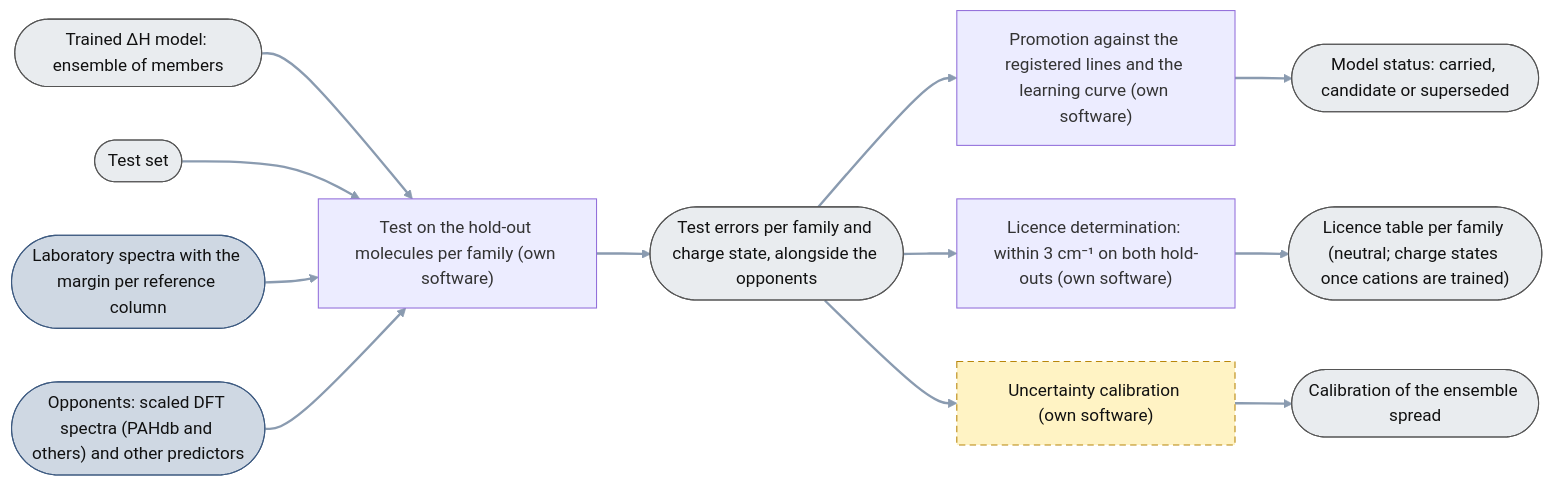
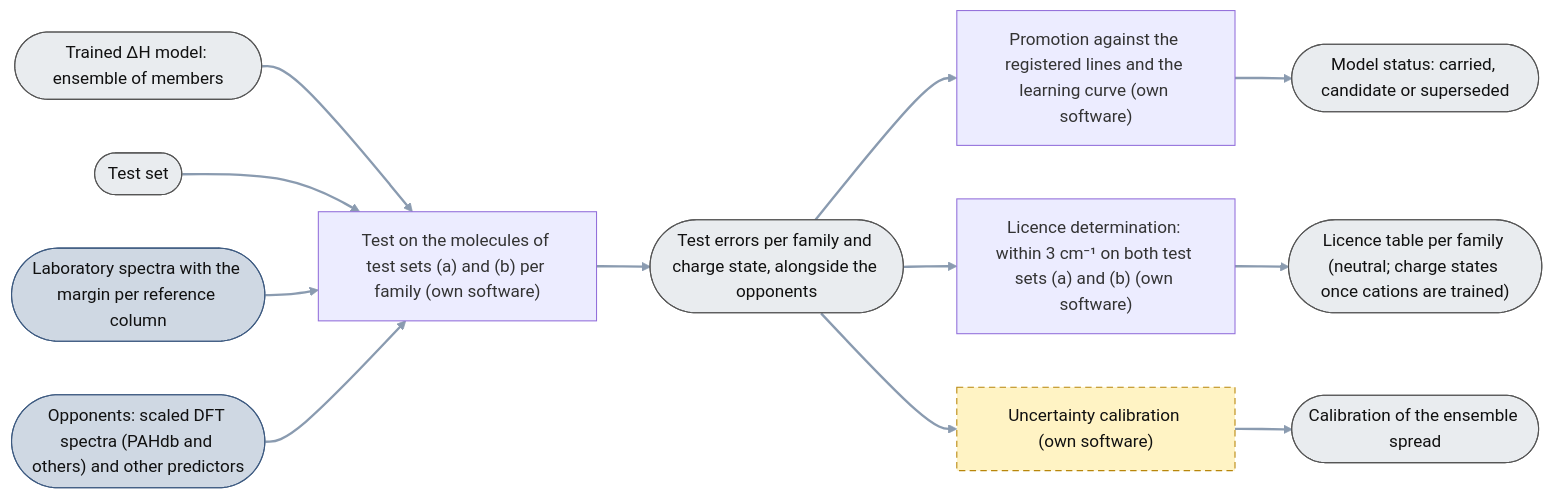
One commit to thebreadishard/udacity-capstone-plan changed the diagram in plans/05_delta-probed-ir-pipeline/GoalGathering/architecture/70_test_and_licence.mmd. Above: the diagram before and after it, drawn with Mermaid. The commit also changed 15 other files, not shown here.

```diff
--- a/plans/05_delta-probed-ir-pipeline/GoalGathering/architecture/70_test_and_licence.mmd
+++ b/plans/05_delta-probed-ir-pipeline/GoalGathering/architecture/70_test_and_licence.mmd
@@ -1,32 +1,32 @@
 %% Test and licence (level 3b): from the trained ΔH model and the test set come the licence table and the calibration that the spectrum pipeline uses alongside the trained model. The model's weights no longer change here.
 %% Rectangle = process step (operation + software); rounded ends = data object (the thing). Every step yields one data object. Dashed = not built yet.
-%% Built: the test per family on the fixed hold-outs (analytic labels where they exist), the promotion of a model against lines registered before its
-%% run, and the licence (decision 65: a family is licensed where the carried model's error is within 3 cm⁻¹ on both hold-outs; neutral molecules).
+%% Built: the test per family on the fixed test sets (a) and (b) (analytic labels where they exist), the promotion of a model against lines registered before its
+%% run, and the licence (decision 65: a family is licensed where the carried model's error is within 3 cm⁻¹ on both test sets (a) and (b); neutral molecules).
 %% Not yet: the calibration of the ensemble spread and the score against laboratory spectra and opponents.
 flowchart LR
   linkStyle default stroke:#8a9bb0,stroke-width:2.2px
   classDef planned stroke-dasharray: 6 4,stroke:#b8860b,fill:#fff3c4,color:#111
   classDef data fill:#e9ecef,stroke:#555,color:#111
   classDef ext fill:#cfd8e3,stroke:#3d5a80,color:#111
 
   ENS(["Trained ΔH model: ensemble of members"]):::data
   TESTSET(["Test set"]):::data
   LABDB(["Laboratory spectra with the margin per reference column"]):::ext
   PAHDB(["Opponents: scaled DFT spectra (PAHdb and others) and other predictors"]):::ext
-  TEST["Test on the hold-out molecules per family (own software)"]
+  TEST["Test on the molecules of test sets (a) and (b) per family (own software)"]
   TESTR(["Test errors per family and charge state, alongside the opponents"]):::data
   PROMO["Promotion against the registered lines and the learning curve (own software)"]
   STAT(["Model status: carried, candidate or superseded"]):::data
-  LIC["Licence determination: within 3 cm⁻¹ on both hold-outs (own software)"]
+  LIC["Licence determination: within 3 cm⁻¹ on both test sets (a) and (b) (own software)"]
   LICT(["Licence table per family (neutral; charge states once cations are trained)"]):::data
   CAL["Uncertainty calibration (own software)"]:::planned
   CALR(["Calibration of the ensemble spread"]):::data
 
   ENS --> TEST
   TESTSET --> TEST
   LABDB --> TEST
   PAHDB --> TEST
   TEST --> TESTR
   TESTR --> PROMO --> STAT
   TESTR --> LIC --> LICT
   TESTR --> CAL --> CALR
```
